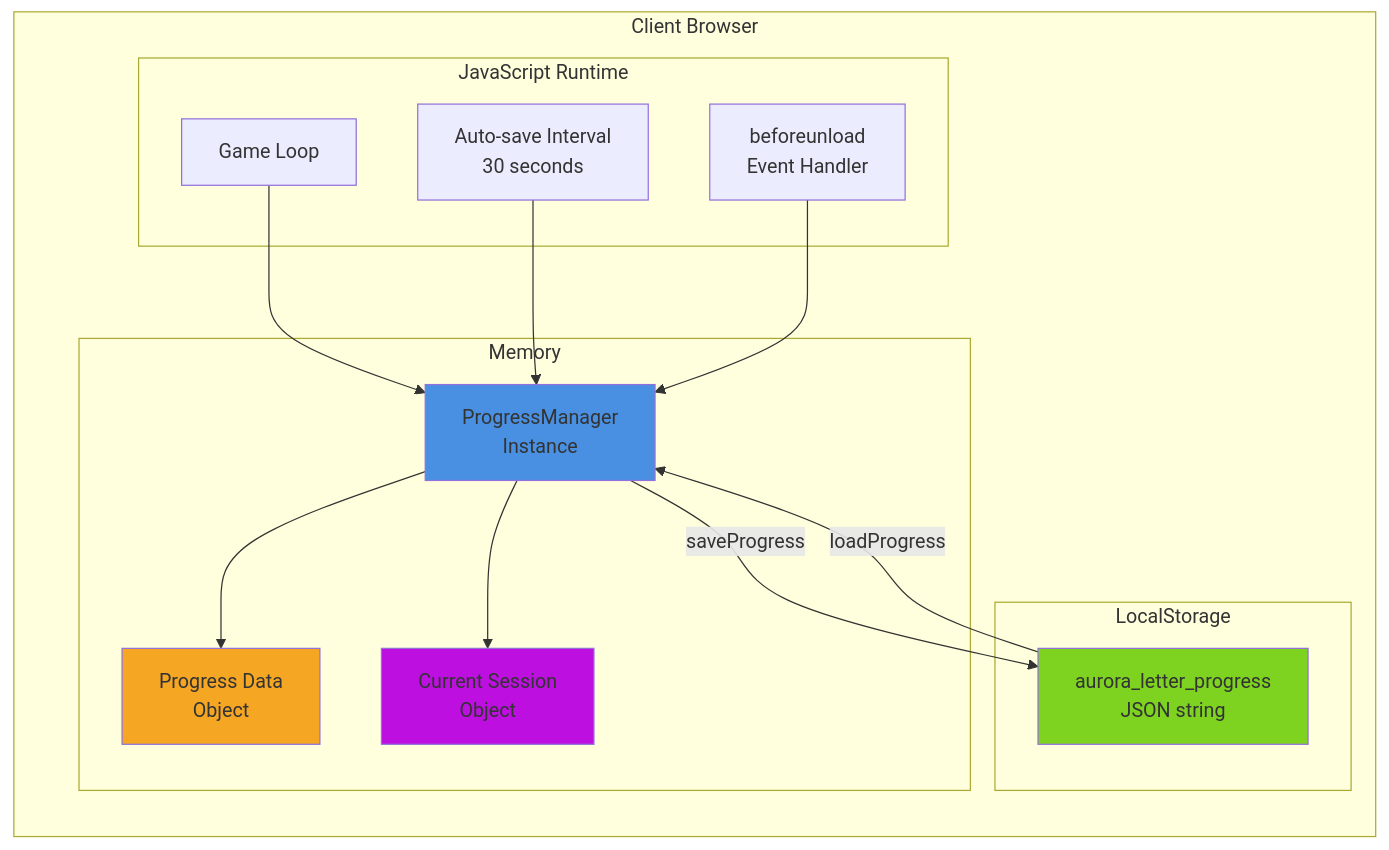
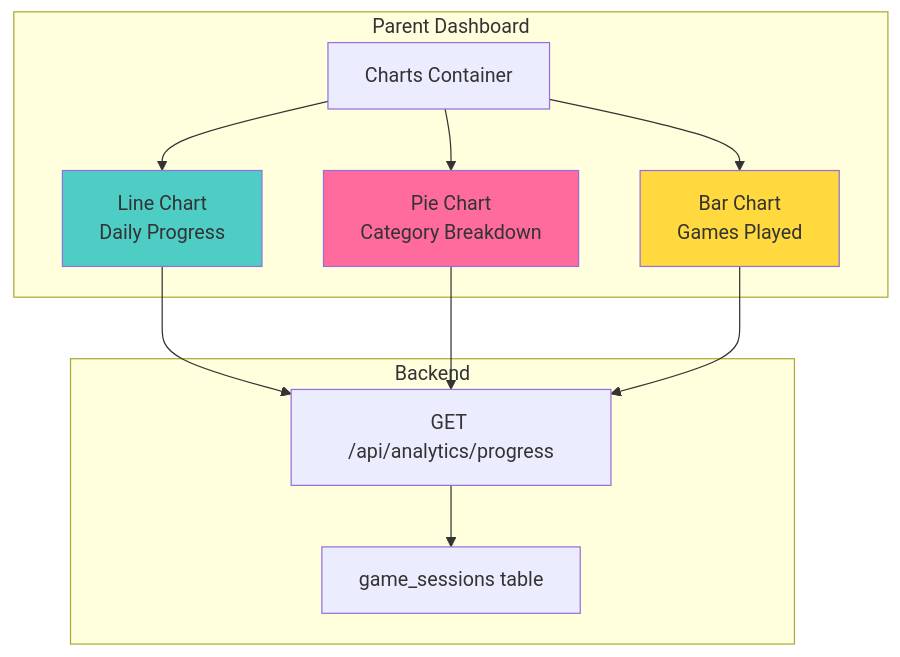
One commit to corey-rosamond/ADHDLearn.com changed the diagram in .ai/phases/phase-17/UML.md. Above: the diagram before and after it, drawn with Mermaid. The commit also changed other lines of this file and 218 other files, not shown here.

````diff
--- a/.ai/phases/phase-17/UML.md
+++ b/.ai/phases/phase-17/UML.md
@@ -470,34 +12,28 @@
 ```mermaid
-graph LR
-    subgraph "Client Browser"
-        subgraph "Memory"
-            PMInstance[ProgressManager<br/>Instance]
-            CurrentSession[Current Session<br/>Object]
-            ProgressData[Progress Data<br/>Object]
-        end
-
-        subgraph "LocalStorage"
-            LSData[aurora_letter_progress<br/>JSON string]
-        end
-
-        subgraph "JavaScript Runtime"
-            GameLoop[Game Loop]
-            AutoSave[Auto-save Interval<br/>30 seconds]
-            UnloadHandler[beforeunload<br/>Event Handler]
-        end
+graph TB
+    subgraph "Parent Dashboard"
+        ChartContainer[Charts Container]
+        LineChart[Line Chart<br/>Daily Progress]
+        PieChart[Pie Chart<br/>Category Breakdown]
+        BarChart[Bar Chart<br/>Games Played]
     end
-
-    PMInstance --> ProgressData
-    PMInstance --> CurrentSession
-    PMInstance -->|saveProgress| LSData
-    LSData -->|loadProgress| PMInstance
-
-    GameLoop --> PMInstance
-    AutoSave --> PMInstance
-    UnloadHandler --> PMInstance
-
-    style PMInstance fill:#4A90E2
-    style LSData fill:#7ED321
-    style ProgressData fill:#F5A623
-    style CurrentSession fill:#BD10E0
+    
+    subgraph "Backend"
+        AnalyticsAPI[GET /api/analytics/progress]
+        GameSessions[game_sessions table]
+    end
+    
+    ChartContainer --> LineChart
+    ChartContainer --> PieChart
+    ChartContainer --> BarChart
+    
+    LineChart --> AnalyticsAPI
+    PieChart --> AnalyticsAPI
+    BarChart --> AnalyticsAPI
+    
+    AnalyticsAPI --> GameSessions
+    
+    style LineChart fill:#4ECDC4
+    style PieChart fill:#FF6B9D
+    style BarChart fill:#FFD93D
 ```
````
